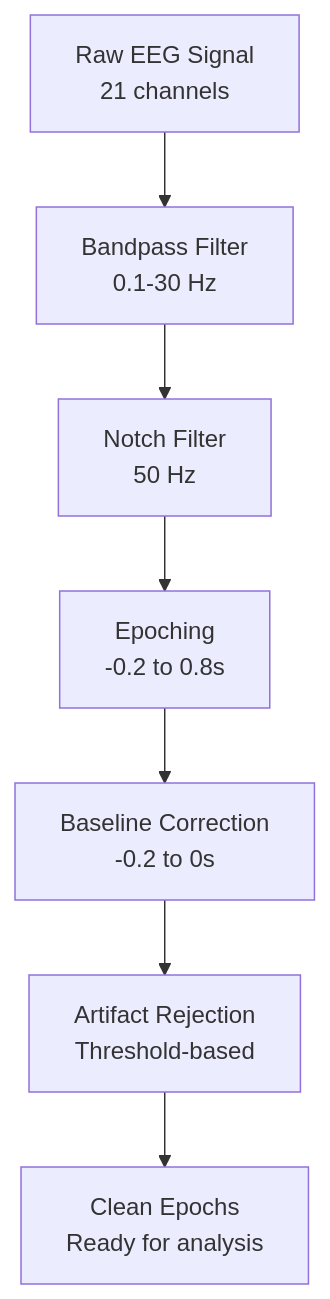
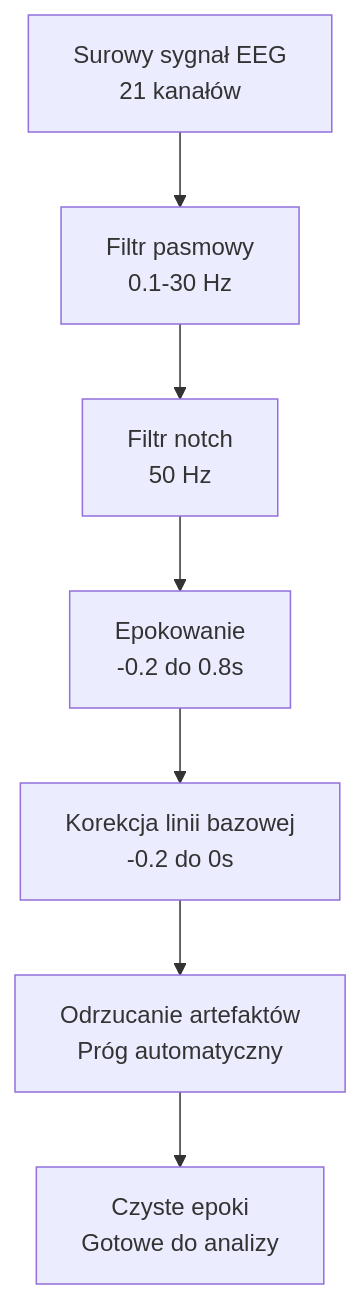
Before and after one commit to wsparcie/ai-ml-neuron-rekrutacja-2025: the second of 4 diagrams in README.md, drawn with Mermaid. The commit also changed other lines of this file, not shown here.

````diff
--- a/README.md
+++ b/README.md
@@ -109,10 +105,10 @@
 ```mermaid
 graph TD
-    A[Raw EEG Signal<br/>21 channels] --> B[Bandpass Filter<br/>0.1-30 Hz]
-    B --> C[Notch Filter<br/>50 Hz]
-    C --> D[Epoching<br/>-0.2 to 0.8s]
-    D --> E[Baseline Correction<br/>-0.2 to 0s]
-    E --> F[Artifact Rejection<br/>Threshold-based]
-    F --> G[Clean Epochs<br/>Ready for analysis]
+    A[Surowy sygnał EEG<br/>21 kanałów] --> B[Filtr pasmowy<br/>0.1-30 Hz]
+    B --> C[Filtr notch<br/>50 Hz]
+    C --> D[Epokowanie<br/>-0.2 do 0.8s]
+    D --> E[Korekcja linii bazowej<br/>-0.2 do 0s]
+    E --> F[Odrzucanie artefaktów<br/>Próg automatyczny]
+    F --> G[Czyste epoki<br/>Gotowe do analizy]
 
 ```
````
